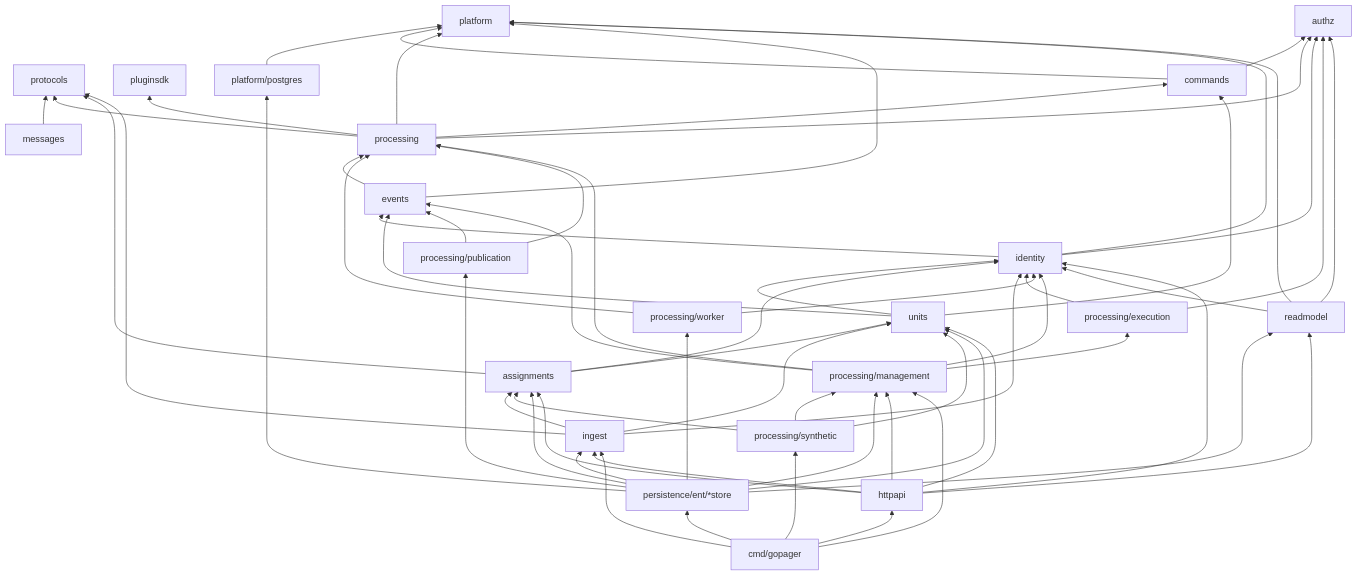
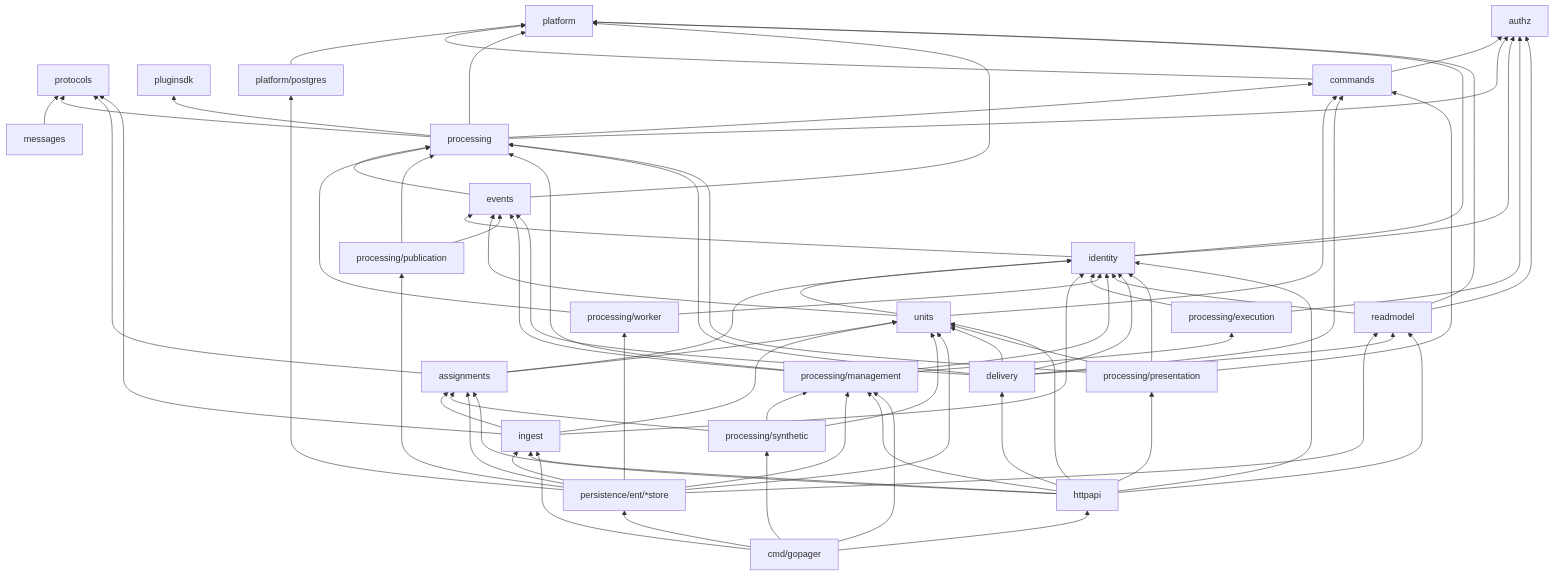
Before and after one commit to gopager/gopager: the third of 7 diagrams in docs/architecture.md, drawn with Mermaid. The commit also changed other lines of this file and 92 other files, not shown here.

````diff
--- a/docs/architecture.md
+++ b/docs/architecture.md
@@ -155,25 +171,27 @@
 ```mermaid
 flowchart BT
     platform
     authz
     protocols
     pluginsdk
     postgres[platform/postgres] --> platform
     commands --> authz & platform
     messages --> protocols
     processing --> authz & commands & platform & protocols & pluginsdk
     events --> platform & processing
     identity --> authz & events & platform
     units --> identity & commands & events
     assignments --> units & identity & protocols
     ingest --> assignments & identity & protocols & units
     pexec[processing/execution] --> identity & authz
     pworker[processing/worker] --> processing & identity
     ppub[processing/publication] --> processing & events
     pmgmt[processing/management] --> processing & pexec & identity & events
     psyn[processing/synthetic] --> pmgmt & assignments & units
     stores[persistence/ent/*store] --> postgres & ingest & assignments & units & pworker & ppub & pmgmt & readmodel
     readmodel --> authz & identity & platform
-    httpapi --> identity & units & assignments & ingest & pmgmt & readmodel
+    delivery --> readmodel & processing & events & identity & commands & units
+    ppres[processing/presentation] --> processing & identity & commands & units
+    httpapi --> identity & units & assignments & ingest & pmgmt & readmodel & delivery & ppres
     cmd[cmd/gopager] --> stores & httpapi & ingest & pmgmt & psyn
 ```
````
